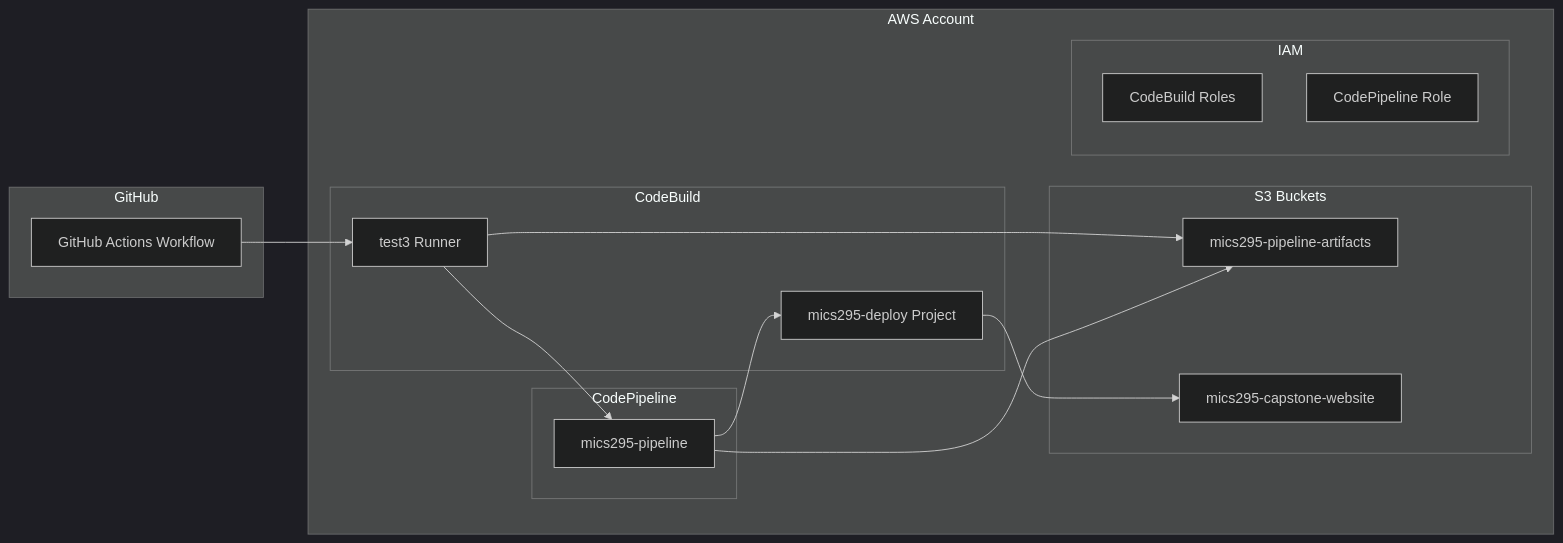
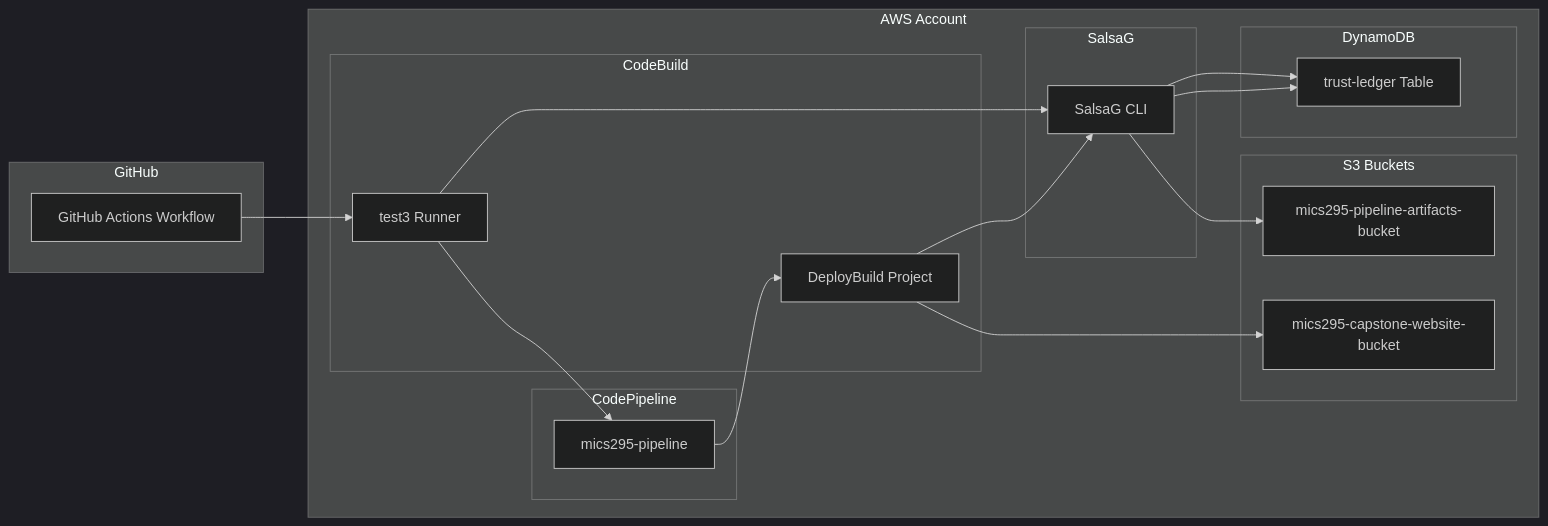
The third of 3 diagrams in README.md (tanishk97/MICS295Capstone), drawn with Mermaid (dark theme) before and after one commit. The commit also changed other lines of this file, not shown here.

Commit message:
Update README with SalsaG trust pipeline implementation

````diff
--- a/README.md
+++ b/README.md
@@ -54,34 +63,40 @@
 ```mermaid
 graph LR
     subgraph "GitHub"
         GHA[GitHub Actions Workflow]
     end
     
     subgraph "AWS Account"
         subgraph "CodeBuild"
             CBR[test3 Runner]
-            CBD[mics295-deploy Project]
+            CBD[DeployBuild Project]
         end
         
         subgraph "S3 Buckets"
-            S3P[mics295-pipeline-artifacts]
-            S3W[mics295-capstone-website]
+            S3S[mics295-pipeline-artifacts-bucket]
+            S3W[mics295-capstone-website-bucket]
+        end
+        
+        subgraph "DynamoDB"
+            DB[trust-ledger Table]
         end
         
         subgraph "CodePipeline"
             CP[mics295-pipeline]
         end
         
-        subgraph "IAM"
-            CBRole[CodeBuild Roles]
-            CPRole[CodePipeline Role]
+        subgraph "SalsaG"
+            SG[SalsaG CLI]
         end
     end
 
     GHA --> CBR
-    CBR --> S3P
+    CBR --> SG
+    SG --> S3S
+    SG --> DB
     CBR --> CP
-    CP --> S3P
     CP --> CBD
+    CBD --> SG
+    SG --> DB
     CBD --> S3W
 ```
````
